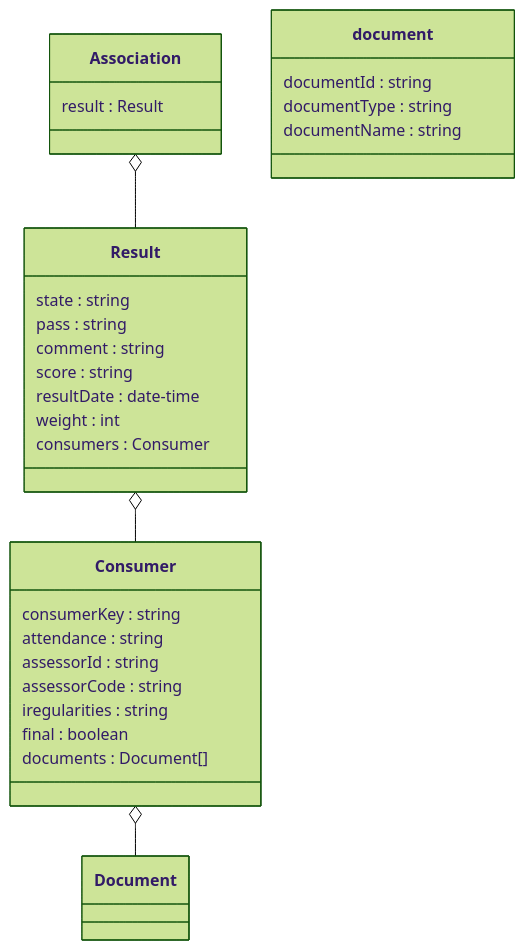
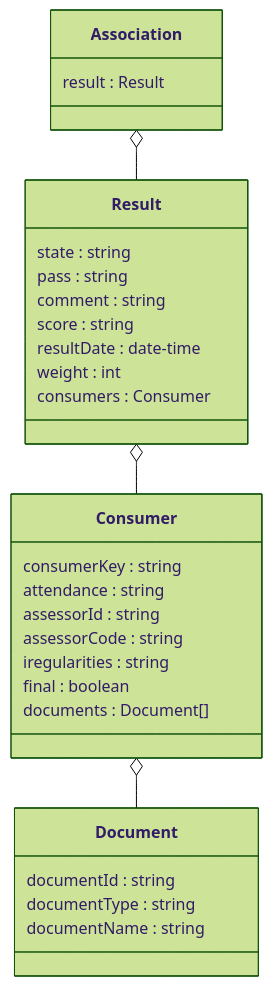
The second of 5 diagrams in doc/flow3.md (NetwerkExamineringDigitalisering/NED-OOAPI), drawn with Mermaid (forest theme) before and after one commit.

Commit message:
Update flow3.md
Corrected

````diff
--- a/doc/flow3.md
+++ b/doc/flow3.md
@@ -21,32 +21,32 @@
 ```mermaid
 classDiagram
     class Association {
 	result : Result
     }
     class Result {
     	state : string
 	pass : string
 	comment : string
 	score : string
 	resultDate : date-time
 	weight : int
 	consumers : Consumer
     }
     class Consumer {
 	consumerKey : string
 	attendance : string
 	assessorId : string
 	assessorCode : string 
 	iregularities : string
 	final : boolean 
 	documents : Document[]
     }
-    class document {
+    class Document {
 	documentId : string
 	documentType : string
 	documentName : string
     }
     Association o-- Result
     Result o-- Consumer
     Consumer o-- Document
 ```
````
